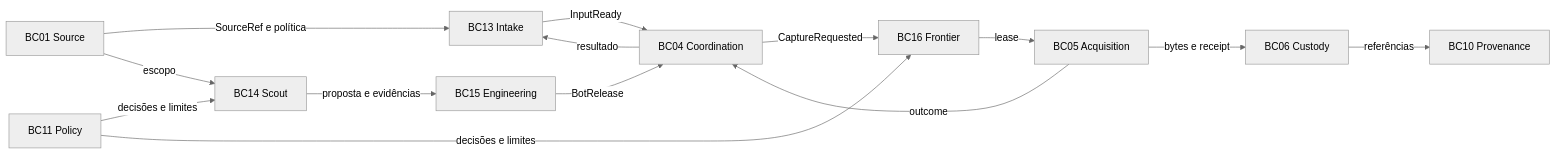
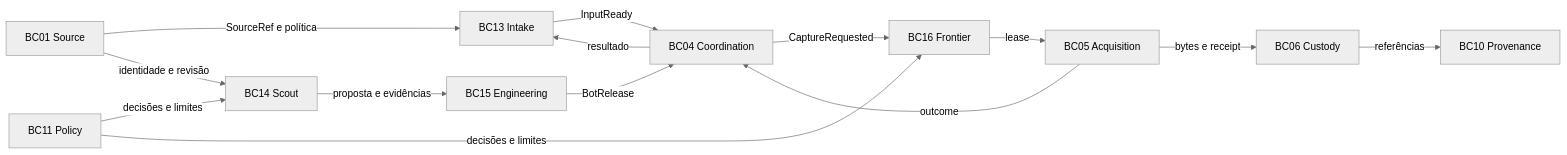
The diagram in docs/architecture/domain.md (FabioCaffarello/data-mozaic), drawn with Mermaid (neutral theme) before and after one commit. The commit also changed other lines of this file and 74 other files, not shown here.

````diff
--- a/docs/architecture/domain.md
+++ b/docs/architecture/domain.md
@@ -26,16 +26,16 @@
 ```mermaid
 flowchart LR
  S[BC01 Source] -->|SourceRef e política| I[BC13 Intake]
- S -->|escopo| X[BC14 Scout]
+ S -->|identidade e revisão| X[BC14 Scout]
  X -->|proposta e evidências| P[BC15 Engineering]
  P -->|BotRelease| C[BC04 Coordination]
  I -->|InputReady| C
  C -->|CaptureRequested| F[BC16 Frontier]
  F -->|lease| A[BC05 Acquisition]
  A -->|bytes e receipt| D[BC06 Custody]
  A -->|outcome| C
  C -->|resultado| I
  D -->|referências| L[BC10 Provenance]
  Y[BC11 Policy] -->|decisões e limites| X
  Y -->|decisões e limites| F
 ```
````
